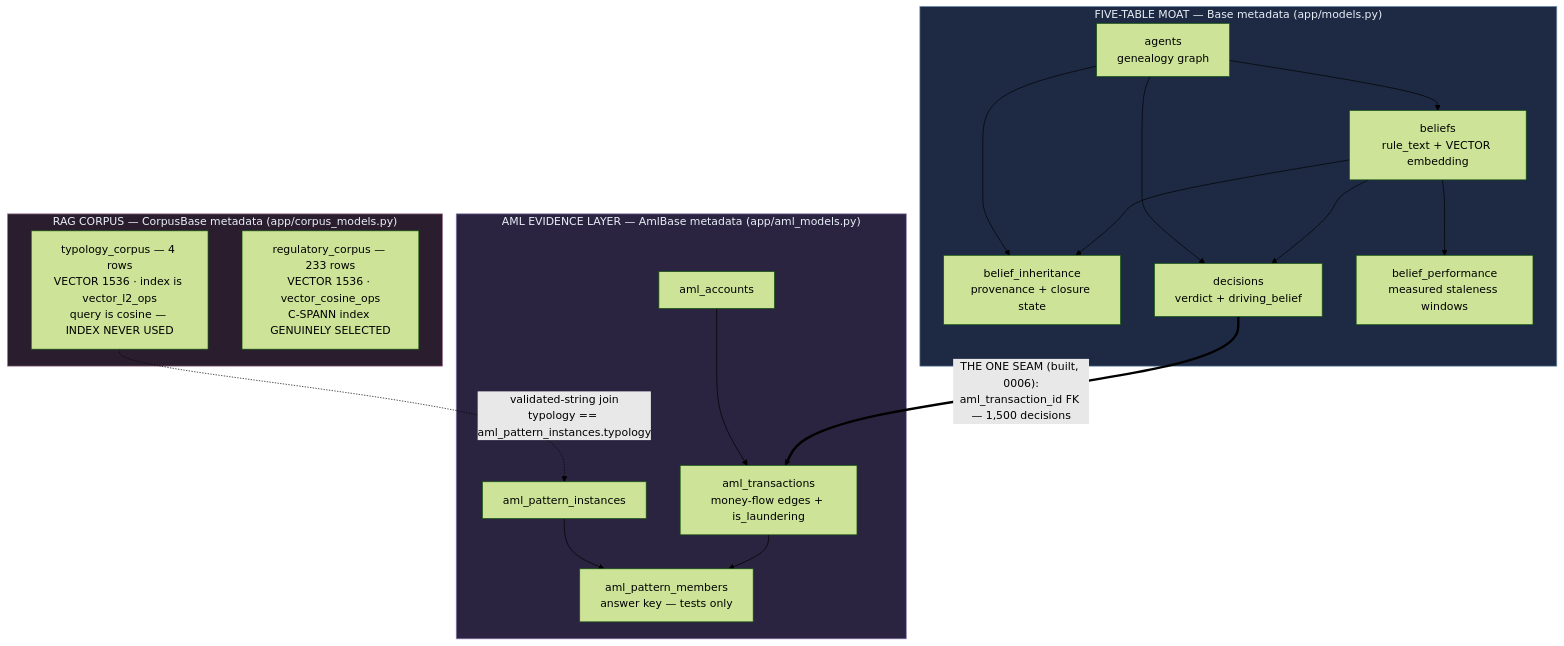
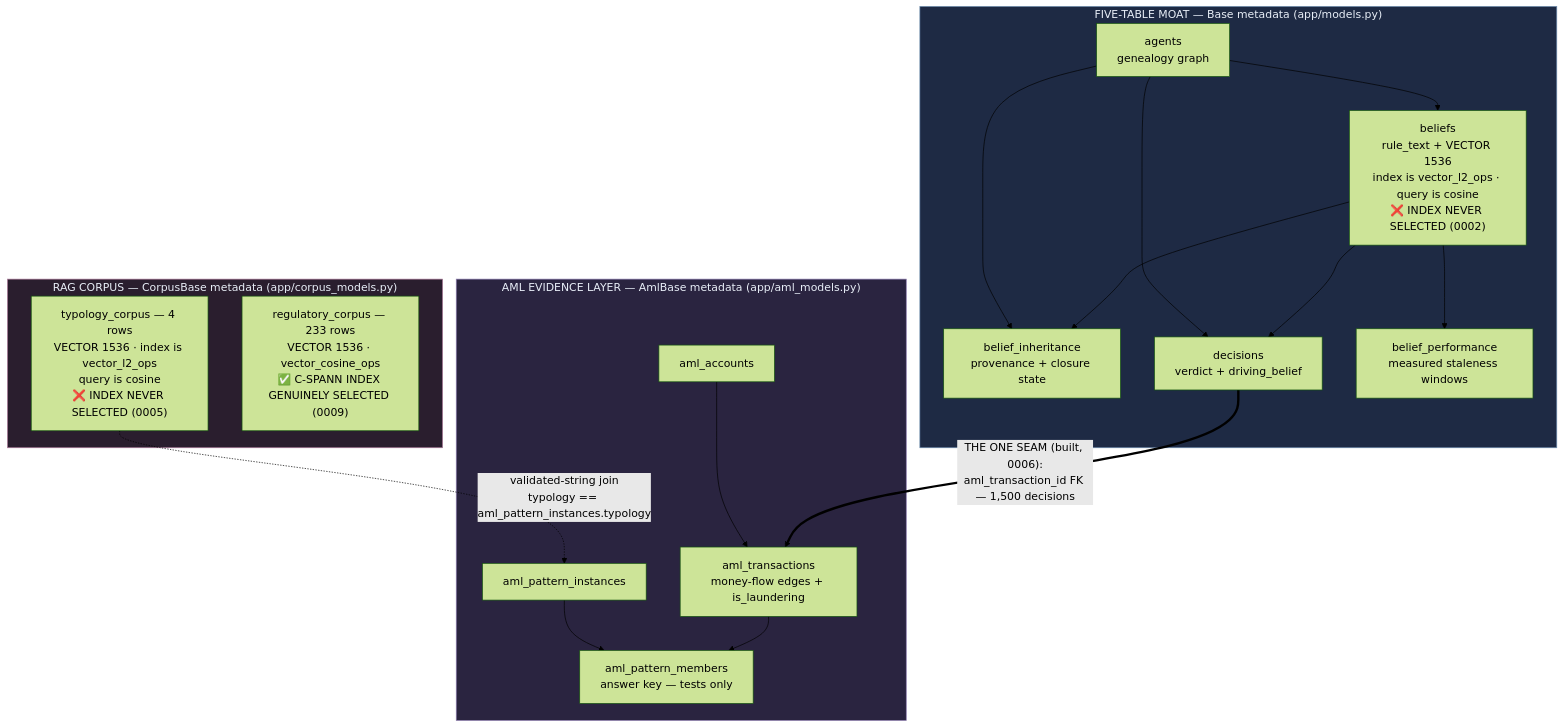
One commit to Asembris/Lineage changed the first of 8 diagrams in ARCHITECTURE.md. Above: the diagram before and after it, drawn with Mermaid (forest theme). The commit also changed other lines of this file and 4 other files, not shown here.

````diff
--- a/ARCHITECTURE.md
+++ b/ARCHITECTURE.md
@@ -34,27 +34,27 @@
 ```mermaid
 graph TB
     subgraph moat["FIVE-TABLE MOAT — Base metadata (app/models.py)"]
-        A[agents<br/>genealogy graph] --> B[beliefs<br/>rule_text + VECTOR embedding]
+        A[agents<br/>genealogy graph] --> B["beliefs<br/>rule_text + VECTOR 1536<br/>index is vector_l2_ops · query is cosine<br/>❌ INDEX NEVER SELECTED (0002)"]
         A --> BI[belief_inheritance<br/>provenance + closure state]
         B --> BI
         A --> D[decisions<br/>verdict + driving_belief]
         B --> D
         B --> BP[belief_performance<br/>measured staleness windows]
     end
     subgraph aml["AML EVIDENCE LAYER — AmlBase metadata (app/aml_models.py)"]
         ACC[aml_accounts] --> ATX[aml_transactions<br/>money-flow edges + is_laundering]
         API[aml_pattern_instances] --> APM[aml_pattern_members<br/>answer key — tests only]
         ATX --> APM
     end
     subgraph corpus["RAG CORPUS — CorpusBase metadata (app/corpus_models.py)"]
-        TC[typology_corpus — 4 rows<br/>VECTOR 1536 · index is vector_l2_ops<br/>query is cosine — INDEX NEVER USED]
-        RC[regulatory_corpus — 233 rows<br/>VECTOR 1536 · vector_cosine_ops<br/>C-SPANN index GENUINELY SELECTED]
+        TC["typology_corpus — 4 rows<br/>VECTOR 1536 · index is vector_l2_ops<br/>query is cosine<br/>❌ INDEX NEVER SELECTED (0005)"]
+        RC["regulatory_corpus — 233 rows<br/>VECTOR 1536 · vector_cosine_ops<br/>✅ C-SPANN INDEX GENUINELY SELECTED (0009)"]
     end
 
     D ==> |"THE ONE SEAM (built, 0006):<br/>aml_transaction_id FK — 1,500 decisions"| ATX
     TC -. "validated-string join<br/>typology == aml_pattern_instances.typology" .-> API
 
     style moat fill:#1e2a44,stroke:#6b8cae,color:#e8eef7
     style aml fill:#2a2440,stroke:#8c7bae,color:#e8eef7
     style corpus fill:#2a1e2e,stroke:#ae7b9c,color:#e8eef7
 ```
````
